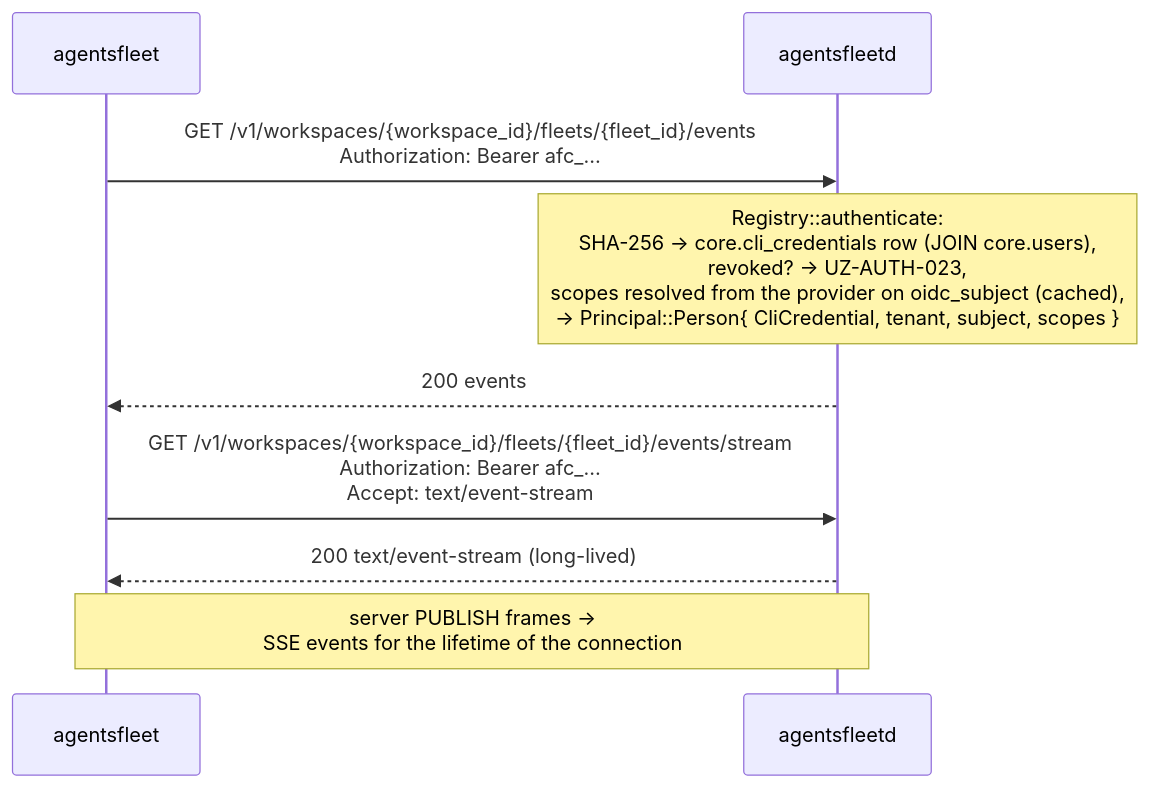
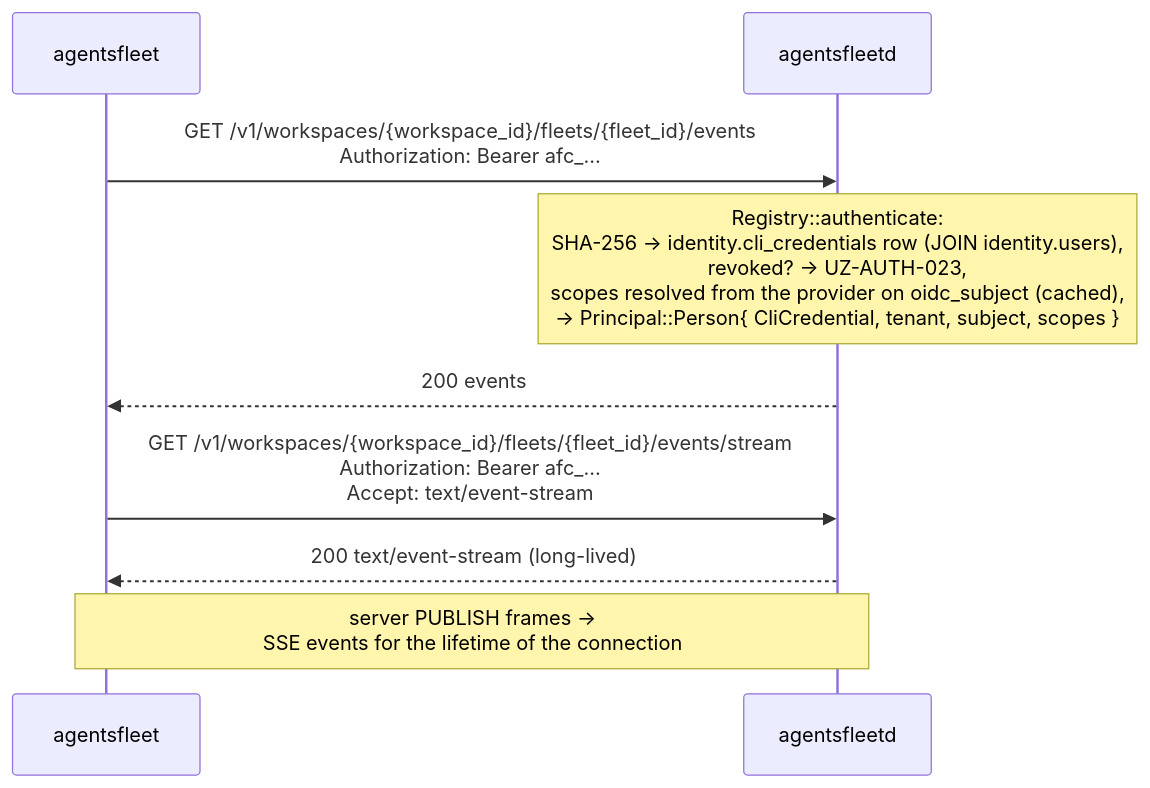
One commit to agentsfleet/agentsfleet changed the second of 2 diagrams in docs/AUTH_DEVICE_LOGIN.md. Above: the diagram before and after it, drawn with Mermaid. The commit also changed 27 other files, not shown here.

First line of the commit message:
docs(architecture): name the rebuilt tables, columns and slots

````diff
--- a/docs/AUTH_DEVICE_LOGIN.md
+++ b/docs/AUTH_DEVICE_LOGIN.md
@@ -314,13 +314,13 @@
 ```mermaid
 sequenceDiagram
     participant CLI as agentsfleet
     participant API as agentsfleetd
 
     CLI->>API: GET /v1/workspaces/{workspace_id}/fleets/{fleet_id}/events<br/>Authorization: Bearer afc_…
-    Note over API: Registry::authenticate:<br/>SHA-256 → core.cli_credentials row (JOIN core.users),<br/>revoked? → UZ-AUTH-023,<br/>scopes resolved from the provider on oidc_subject (cached),<br/>→ Principal::Person{ CliCredential, tenant, subject, scopes }
+    Note over API: Registry::authenticate:<br/>SHA-256 → identity.cli_credentials row (JOIN identity.users),<br/>revoked? → UZ-AUTH-023,<br/>scopes resolved from the provider on oidc_subject (cached),<br/>→ Principal::Person{ CliCredential, tenant, subject, scopes }
     API-->>CLI: 200 events
 
     CLI->>API: GET /v1/workspaces/{workspace_id}/fleets/{fleet_id}/events/stream<br/>Authorization: Bearer afc_…<br/>Accept: text/event-stream
     API-->>CLI: 200 text/event-stream (long-lived)
     Note over CLI,API: server PUBLISH frames →<br/>SSE events for the lifetime of the connection
 ```
````
